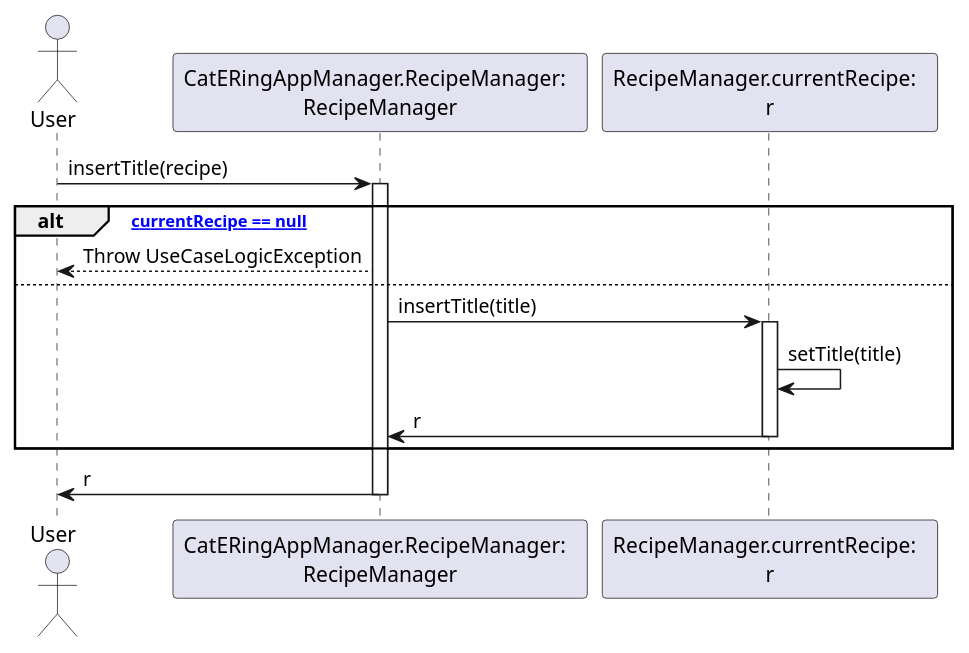
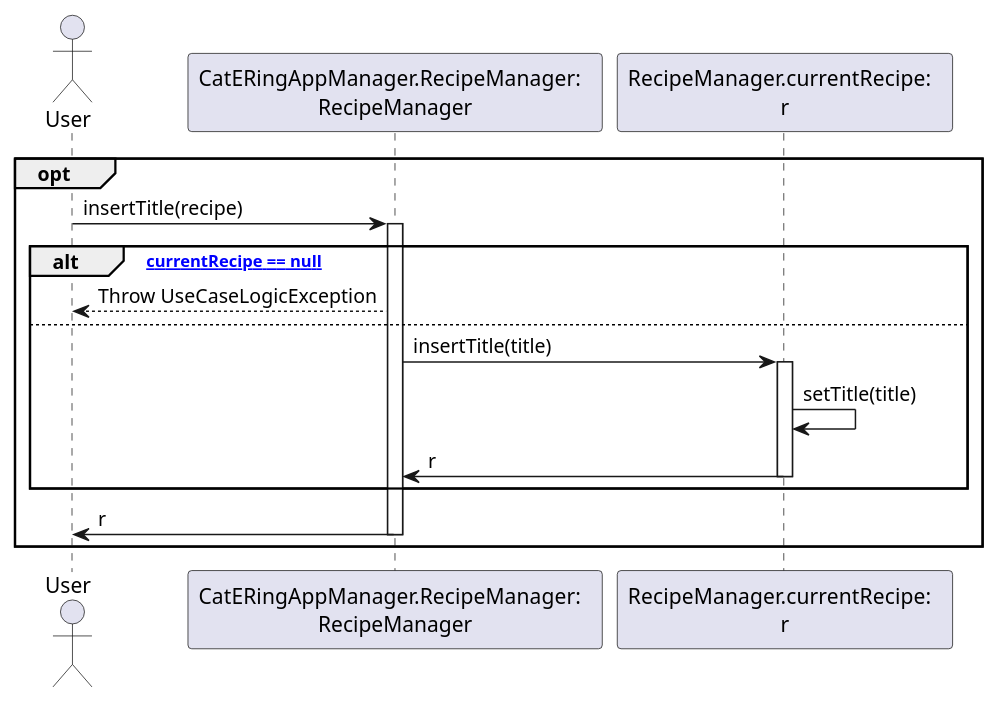
Before and after one commit to m0canu1/sas: the diagram in dsd/dsd-ricette/26a-insertTitle.md, drawn with PlantUML. The commit also changed 6 other files, not shown here.

````diff
--- a/dsd/dsd-ricette/26a-insertTitle.md
+++ b/dsd/dsd-ricette/26a-insertTitle.md
@@ -1,19 +1,22 @@
 ```plantuml
-	Actor User
-	Participant "CatERingAppManager.RecipeManager:  \nRecipeManager"
-	Participant "RecipeManager.currentRecipe:  \nr"
+Actor User
+Participant "CatERingAppManager.RecipeManager:  \nRecipeManager" as RM
+Participant "RecipeManager.currentRecipe:  \nr" as CR
 
-	User -> "CatERingAppManager.RecipeManager:  \nRecipeManager": insertTitle(recipe)
-	Activate "CatERingAppManager.RecipeManager:  \nRecipeManager"
+opt
+
+	User -> RM: insertTitle(recipe)
+	Activate RM
 	alt ["currentRecipe == null"]
-		"CatERingAppManager.RecipeManager:  \nRecipeManager" --> User: Throw UseCaseLogicException
+		RM --> User: Throw UseCaseLogicException
 	else 
-		"CatERingAppManager.RecipeManager:  \nRecipeManager" -> "RecipeManager.currentRecipe:  \nr": insertTitle(title)
-		Activate "RecipeManager.currentRecipe:  \nr"
-		"RecipeManager.currentRecipe:  \nr" -> "RecipeManager.currentRecipe:  \nr": setTitle(title)
-		"RecipeManager.currentRecipe:  \nr" -> "CatERingAppManager.RecipeManager:  \nRecipeManager": r
-		Deactivate "RecipeManager.currentRecipe:  \nr"
+		RM -> CR: insertTitle(title)
+		Activate CR
+		CR -> CR: setTitle(title)
+		CR -> RM: r
+		Deactivate CR
 	end
-	"CatERingAppManager.RecipeManager:  \nRecipeManager" -> User: r
-	Deactivate "CatERingAppManager.RecipeManager:  \nRecipeManager"
+	RM -> User: r
+	Deactivate RM
+end
 ```
````
